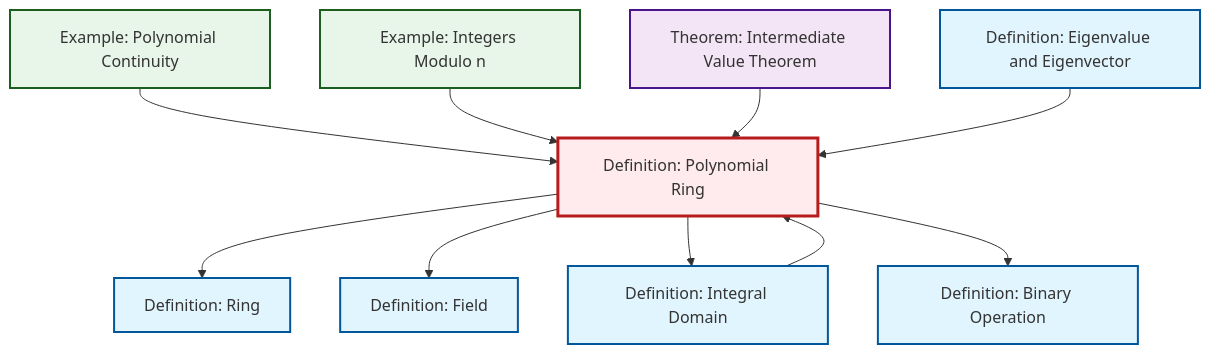
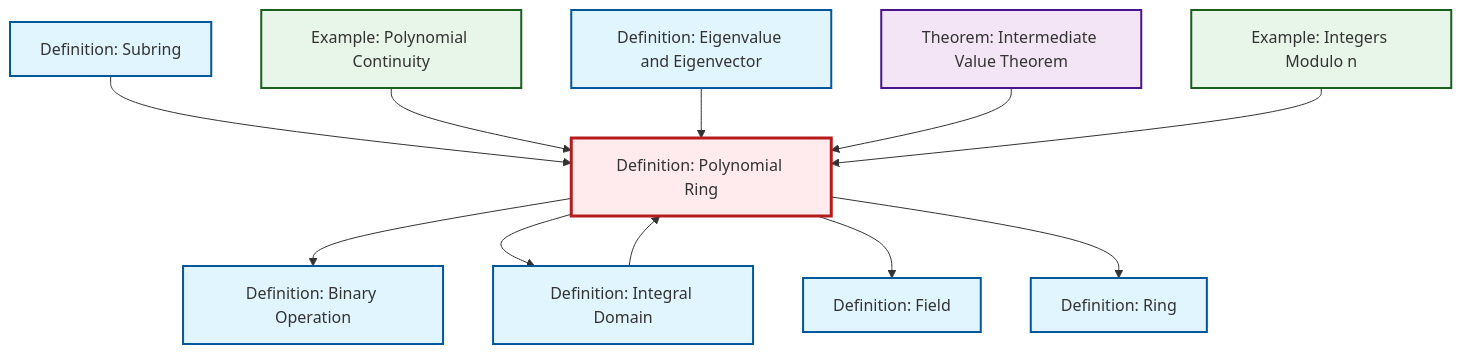
One commit to RK0429/ModernMath changed the diagram in content/en/algebra/def-polynomial-ring.qmd. Above: the diagram before and after it, drawn with Mermaid. The commit also changed 619 other files, not shown here.

````diff
--- a/content/en/algebra/def-polynomial-ring.qmd
+++ b/content/en/algebra/def-polynomial-ring.qmd
@@ -94,36 +94,39 @@
 ```{mermaid}
 %%| fig-cap: "Local dependency graph"
 graph TD
     classDef definition fill:#e1f5fe,stroke:#01579b,stroke-width:2px
     classDef theorem fill:#f3e5f5,stroke:#4a148c,stroke-width:2px
     classDef axiom fill:#fff3e0,stroke:#e65100,stroke-width:2px
     classDef example fill:#e8f5e9,stroke:#1b5e20,stroke-width:2px
     classDef current fill:#ffebee,stroke:#b71c1c,stroke-width:3px
+    def-binary-operation["Definition: Binary Operation"]:::definition
+    thm-intermediate-value["Theorem: Intermediate Value Theorem"]:::theorem
     ex-polynomial-continuity["Example: Polynomial Continuity"]:::example
     def-integral-domain["Definition: Integral Domain"]:::definition
+    def-eigenvalue-eigenvector["Definition: Eigenvalue and Eigenvector"]:::definition
+    def-subring["Definition: Subring"]:::definition
     ex-quotient-integers-mod-n["Example: Integers Modulo n"]:::example
     def-polynomial-ring["Definition: Polynomial Ring"]:::definition
-    thm-intermediate-value["Theorem: Intermediate Value Theorem"]:::theorem
+    def-field["Definition: Field"]:::definition
     def-ring["Definition: Ring"]:::definition
-    def-field["Definition: Field"]:::definition
-    def-eigenvalue-eigenvector["Definition: Eigenvalue and Eigenvector"]:::definition
-    def-binary-operation["Definition: Binary Operation"]:::definition
+    def-polynomial-ring --> def-binary-operation
+    def-subring --> def-polynomial-ring
+    def-polynomial-ring --> def-integral-domain
+    ex-polynomial-continuity --> def-polynomial-ring
+    def-eigenvalue-eigenvector --> def-polynomial-ring
+    thm-intermediate-value --> def-polynomial-ring
+    ex-quotient-integers-mod-n --> def-polynomial-ring
     def-integral-domain --> def-polynomial-ring
-    ex-polynomial-continuity --> def-polynomial-ring
-    ex-quotient-integers-mod-n --> def-polynomial-ring
+    def-polynomial-ring --> def-field
     def-polynomial-ring --> def-ring
-    def-polynomial-ring --> def-field
-    thm-intermediate-value --> def-polynomial-ring
-    def-polynomial-ring --> def-integral-domain
-    def-eigenvalue-eigenvector --> def-polynomial-ring
-    def-polynomial-ring --> def-binary-operation
     class def-polynomial-ring current
+    click def-binary-operation "def-binary-operation.html" "Go to Binary Operation definition"
+    click thm-intermediate-value "thm-intermediate-value.html" "Go to Intermediate Value Theorem theorem"
     click ex-polynomial-continuity "ex-polynomial-continuity.html" "Go to Polynomial Continuity example"
     click def-integral-domain "def-integral-domain.html" "Go to Integral Domain definition"
+    click def-eigenvalue-eigenvector "def-eigenvalue-eigenvector.html" "Go to Eigenvalue and Eigenvector definition"
+    click def-subring "def-subring.html" "Go to Subring definition"
     click ex-quotient-integers-mod-n "ex-quotient-integers-mod-n.html" "Go to Integers Modulo n example"
-    click thm-intermediate-value "thm-intermediate-value.html" "Go to Intermediate Value Theorem theorem"
+    click def-field "def-field.html" "Go to Field definition"
     click def-ring "def-ring.html" "Go to Ring definition"
-    click def-field "def-field.html" "Go to Field definition"
-    click def-eigenvalue-eigenvector "def-eigenvalue-eigenvector.html" "Go to Eigenvalue and Eigenvector definition"
-    click def-binary-operation "def-binary-operation.html" "Go to Binary Operation definition"
 ```
````
